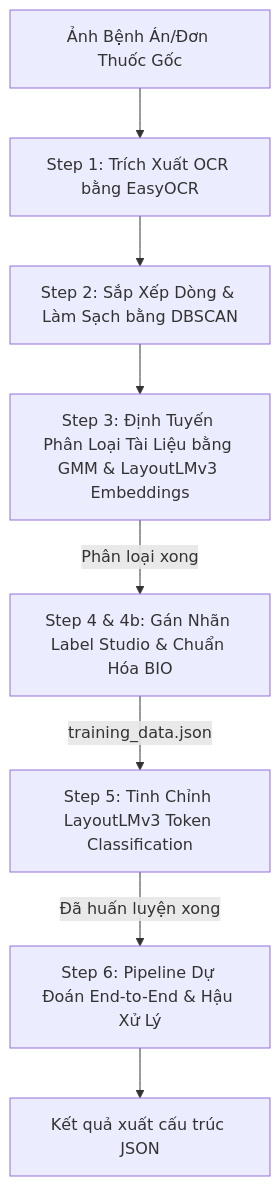
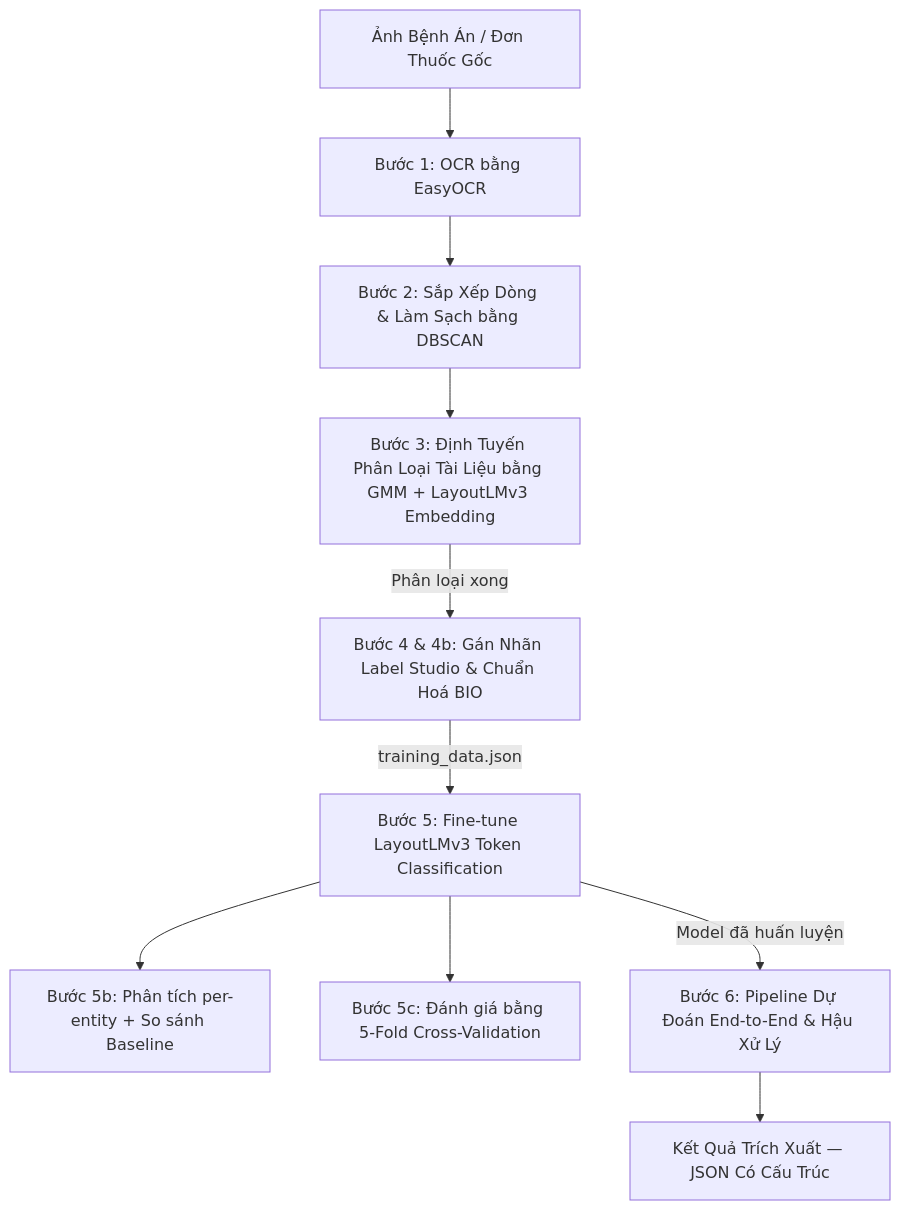
The diagram in README.md (HoangDuyet2005/NCKH_2026_LAYOUTLM_DBCSCAN_GMM), drawn with Mermaid before and after one commit. The commit also changed other lines of this file and 7 other files, not shown here.

````diff
--- a/README.md
+++ b/README.md
@@ -12,10 +24,12 @@
 ```mermaid
 graph TD
-    A[Ảnh Bệnh Án/Đơn Thuốc Gốc] --> B[Step 1: Trích Xuất OCR bằng EasyOCR]
-    B --> C[Step 2: Sắp Xếp Dòng & Làm Sạch bằng DBSCAN]
-    C --> D[Step 3: Định Tuyến Phân Loại Tài Liệu bằng GMM & LayoutLMv3 Embeddings]
-    D -->|Phân loại xong| E[Step 4 & 4b: Gán Nhãn Label Studio & Chuẩn Hóa BIO]
-    E -->|training_data.json| F[Step 5: Tinh Chỉnh LayoutLMv3 Token Classification]
-    F -->|Đã huấn luyện xong| G[Step 6: Pipeline Dự Đoán End-to-End & Hậu Xử Lý]
-    G --> H[Kết quả xuất cấu trúc JSON]
+    A[Ảnh Bệnh Án / Đơn Thuốc Gốc] --> B[Bước 1: OCR bằng EasyOCR]
+    B --> C[Bước 2: Sắp Xếp Dòng & Làm Sạch bằng DBSCAN]
+    C --> D[Bước 3: Định Tuyến Phân Loại Tài Liệu bằng GMM + LayoutLMv3 Embedding]
+    D -->|Phân loại xong| E[Bước 4 & 4b: Gán Nhãn Label Studio & Chuẩn Hoá BIO]
+    E -->|training_data.json| F[Bước 5: Fine-tune LayoutLMv3 Token Classification]
+    F --> F1[Bước 5b: Phân tích per-entity + So sánh Baseline]
+    F --> F2[Bước 5c: Đánh giá bằng 5-Fold Cross-Validation]
+    F -->|Model đã huấn luyện| G[Bước 6: Pipeline Dự Đoán End-to-End & Hậu Xử Lý]
+    G --> H[Kết Quả Trích Xuất — JSON Có Cấu Trúc]
 ```
````
